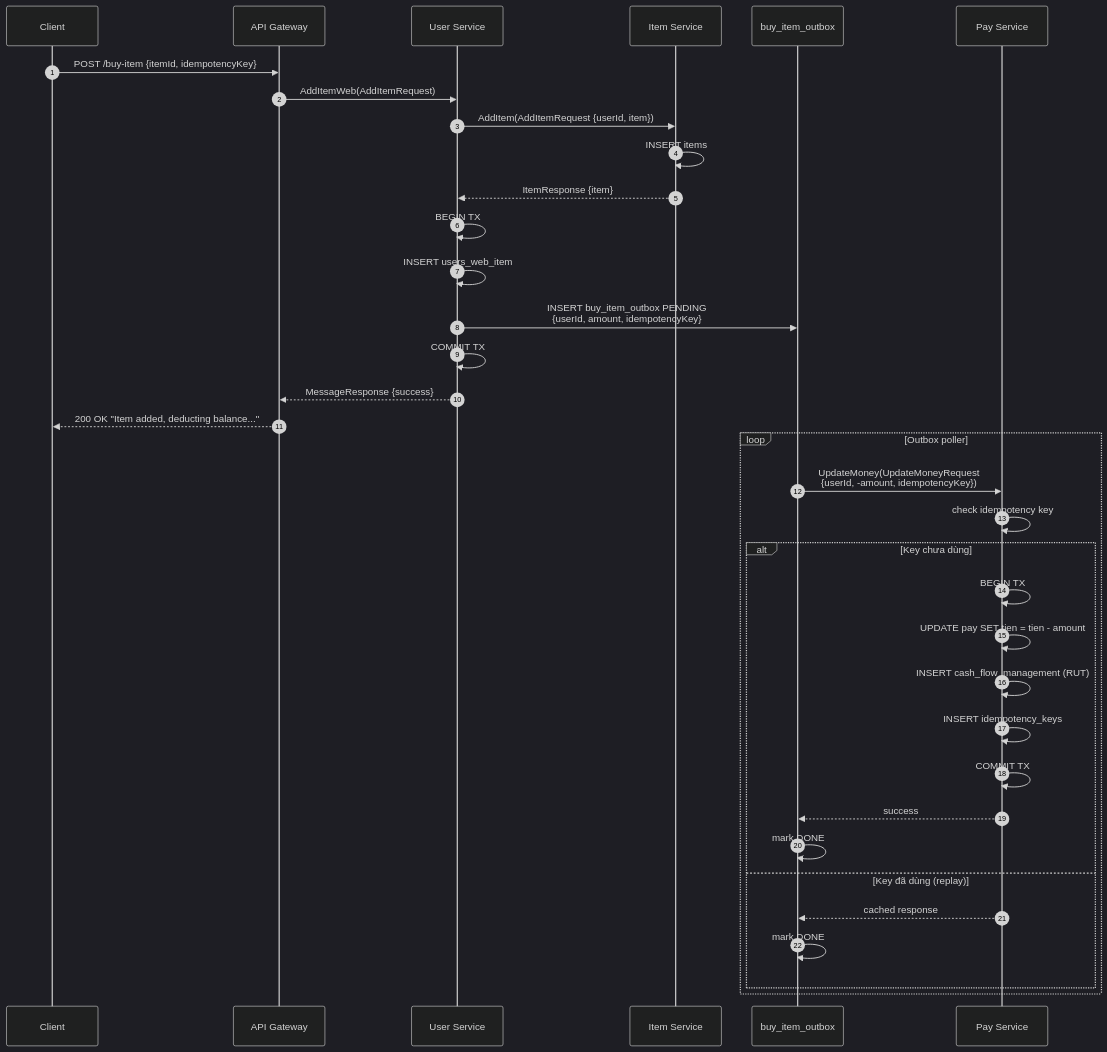
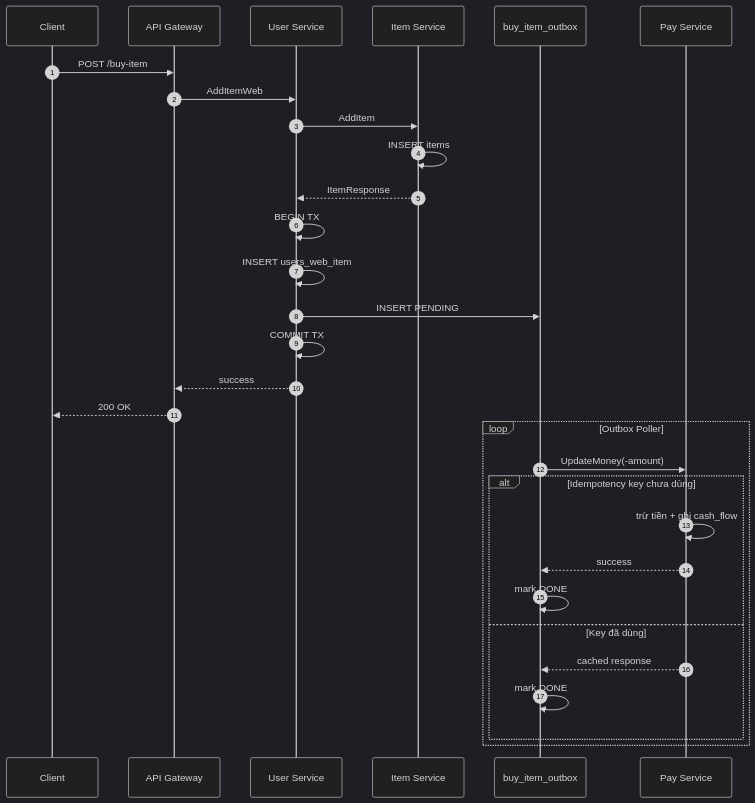
One commit to DANG-PH/dragonboy-api-gateway changed the ninth of 18 diagrams in docs/architecture.md. Above: the diagram before and after it, drawn with Mermaid (dark theme). The commit also changed other lines of this file, not shown here.

Commit message:
fix: architecture docs with erd, diagram, usecase,...

````diff
--- a/docs/architecture.md
+++ b/docs/architecture.md
@@ -596,41 +687,36 @@
 ```mermaid
 sequenceDiagram
     autonumber
     participant C as Client
     participant GW as API Gateway
     participant User as User Service
     participant Item as Item Service
     participant Outbox as buy_item_outbox
     participant Pay as Pay Service
 
-    C->>GW: POST /buy-item {itemId, idempotencyKey}
-    GW->>User: AddItemWeb(AddItemRequest)
-
-    User->>Item: AddItem(AddItemRequest {userId, item})
+    C->>GW: POST /buy-item
+    GW->>User: AddItemWeb
+    User->>Item: AddItem
     Item->>Item: INSERT items
-    Item-->>User: ItemResponse {item}
+    Item-->>User: ItemResponse
 
     User->>User: BEGIN TX
     User->>User: INSERT users_web_item
-    User->>Outbox: INSERT buy_item_outbox PENDING<br/>{userId, amount, idempotencyKey}
+    User->>Outbox: INSERT PENDING
     User->>User: COMMIT TX
-    User-->>GW: MessageResponse {success}
-    GW-->>C: 200 OK "Item added, deducting balance..."
+    User-->>GW: success
+    GW-->>C: 200 OK
 
-    loop Outbox poller
-        Outbox->>Pay: UpdateMoney(UpdateMoneyRequest<br/>{userId, -amount, idempotencyKey})
-        Pay->>Pay: check idempotency key
-        alt Key chưa dùng
-            Pay->>Pay: BEGIN TX
-            Pay->>Pay: UPDATE pay SET tien = tien - amount
-            Pay->>Pay: INSERT cash_flow_management (RUT)
-            Pay->>Pay: INSERT idempotency_keys
-            Pay->>Pay: COMMIT TX
+    loop Outbox Poller
+        Outbox->>Pay: UpdateMoney(-amount)
+
+        alt Idempotency key chưa dùng
+            Pay->>Pay: trừ tiền + ghi cash_flow
             Pay-->>Outbox: success
             Outbox->>Outbox: mark DONE
-        else Key đã dùng (replay)
+        else Key đã dùng
             Pay-->>Outbox: cached response
             Outbox->>Outbox: mark DONE
         end
     end
 ```
````
